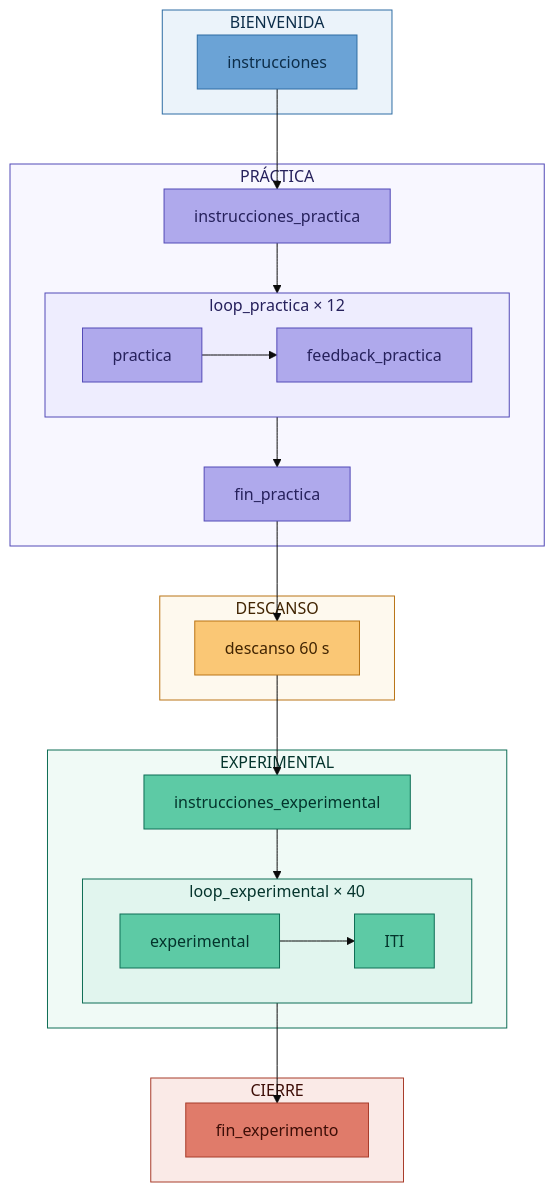
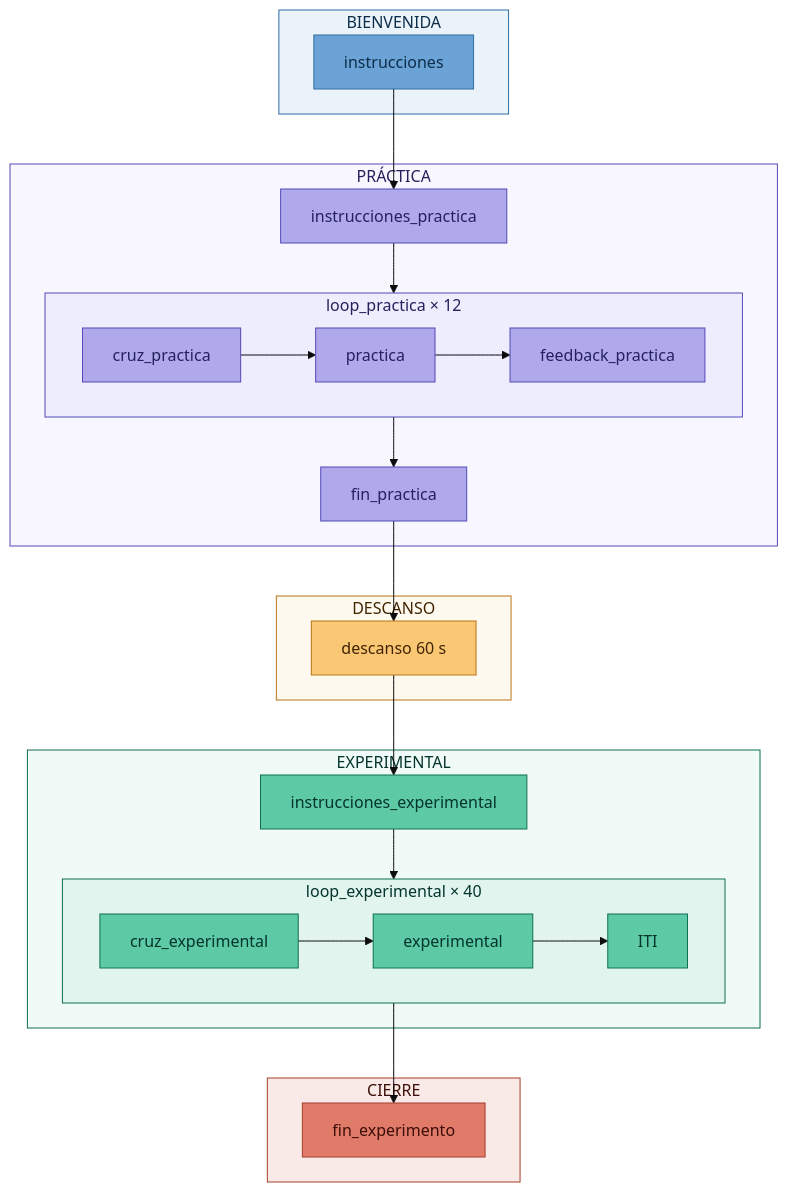
Before and after one commit to mlandaf/taller_1_emociones: the diagram in readme.md, drawn with Mermaid (base theme). The commit also changed other lines of this file and 2 other files, not shown here.

Commit message:
agregar cruz de fijación (500 ms) antes de cada estímulo

````diff
--- a/readme.md
+++ b/readme.md
@@ -67,50 +68,52 @@
 ```mermaid
 flowchart TD
     subgraph SB[BIENVENIDA]
         A[instrucciones]
     end
     subgraph SP[PRÁCTICA]
         B[instrucciones_practica]
         B --> LP
         subgraph LP[loop_practica × 12]
-            P[practica] --> FP[feedback_practica]
+            CP[cruz_practica] --> P[practica] --> FP[feedback_practica]
         end
         LP --> C[fin_practica]
     end
     subgraph SD[DESCANSO]
         D[descanso 60 s]
     end
     subgraph SE[EXPERIMENTAL]
         E[instrucciones_experimental]
         E --> LE
         subgraph LE[loop_experimental × 40]
-            EX[experimental] --> ITI[ITI]
+            CE[cruz_experimental] --> EX[experimental] --> ITI[ITI]
         end
     end
     subgraph SC[CIERRE]
         F[fin_experimento]
     end
 
     A --> B
     C --> D
     D --> E
     LE --> F
 
     style A  fill:#6BA3D6,stroke:#2E6DA4,color:#0D2E4A
     style F  fill:#E07B6A,stroke:#A83D2B,color:#3D0E07
     style D  fill:#FAC775,stroke:#BA7517,color:#412402
     style B  fill:#AFA9EC,stroke:#534AB7,color:#26215C
     style C  fill:#AFA9EC,stroke:#534AB7,color:#26215C
     style LP fill:#EEEDFE,stroke:#534AB7,color:#26215C
+    style CP fill:#AFA9EC,stroke:#534AB7,color:#26215C
     style P  fill:#AFA9EC,stroke:#534AB7,color:#26215C
     style FP fill:#AFA9EC,stroke:#534AB7,color:#26215C
     style E  fill:#5DCAA5,stroke:#0F6E56,color:#04342C
     style LE fill:#E1F5EE,stroke:#0F6E56,color:#04342C
+    style CE fill:#5DCAA5,stroke:#0F6E56,color:#04342C
     style EX fill:#5DCAA5,stroke:#0F6E56,color:#04342C
     style ITI fill:#5DCAA5,stroke:#0F6E56,color:#04342C
     style SB fill:#EBF3FA,stroke:#2E6DA4,color:#0D2E4A
     style SP fill:#F8F7FF,stroke:#534AB7,color:#26215C
     style SD fill:#FEF9EE,stroke:#BA7517,color:#412402
     style SE fill:#F0FAF6,stroke:#0F6E56,color:#04342C
     style SC fill:#FAEAE7,stroke:#A83D2B,color:#3D0E07
 ```
````
